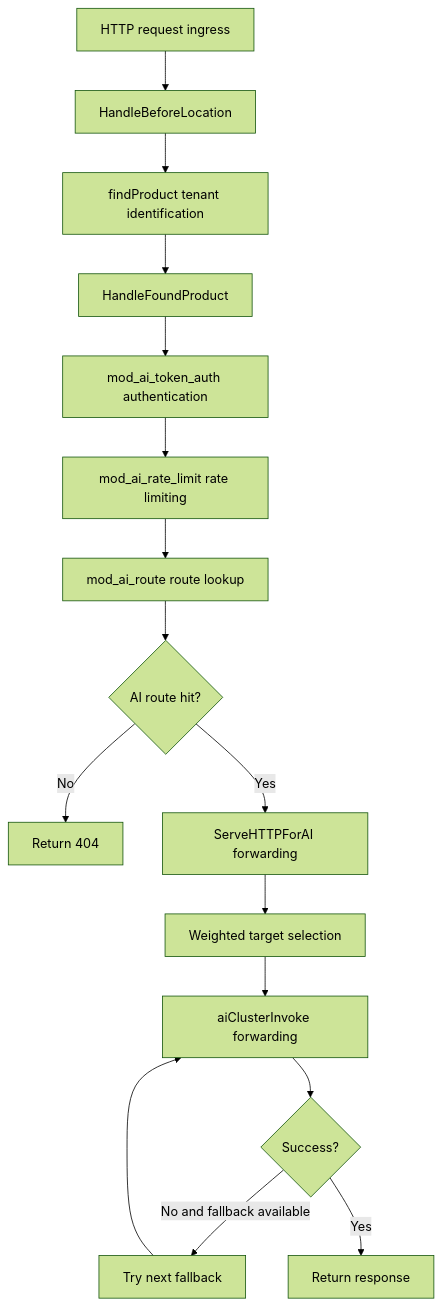
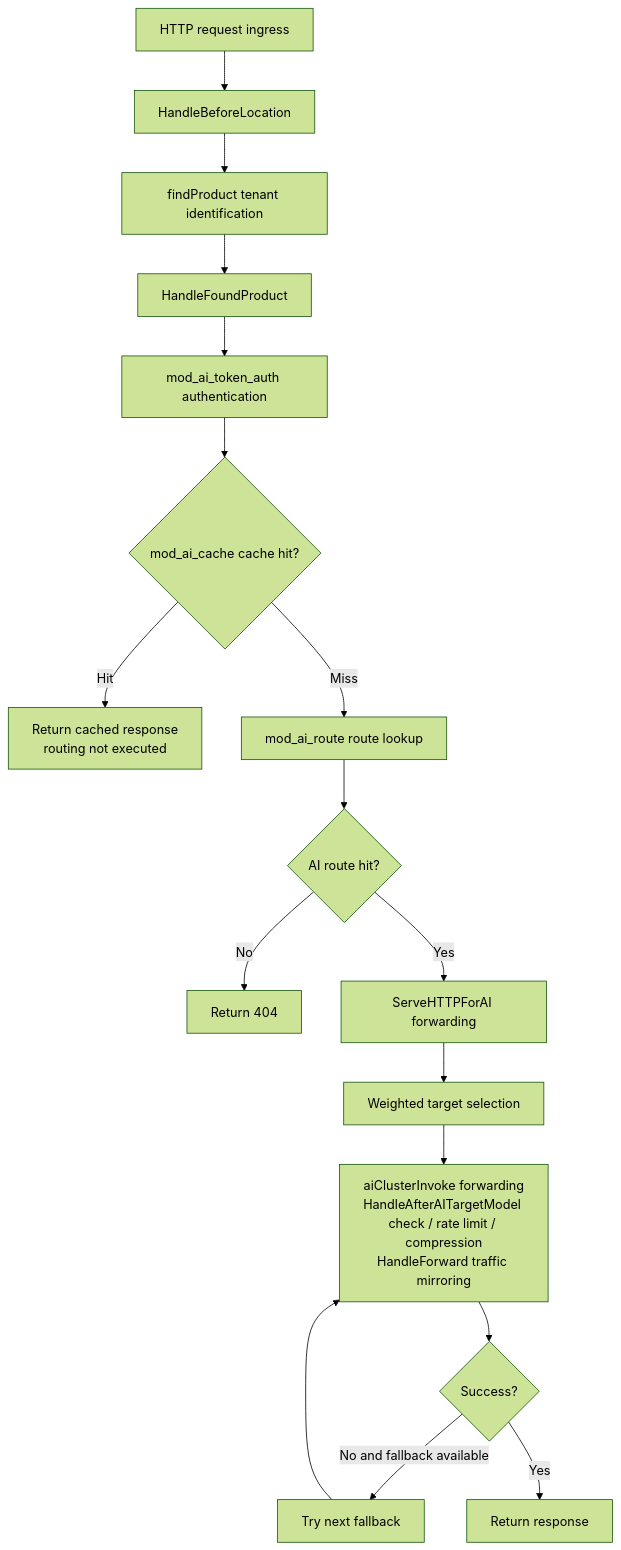
One commit to mileszhang2016/rainway-book changed the first of 2 diagrams in en_us/implementation/chapter31-mod-ai-route.md. Above: the diagram before and after it, drawn with Mermaid (forest theme). The commit also changed other lines of this file and 47 other files, not shown here.

````diff
--- a/en_us/implementation/chapter31-mod-ai-route.md
+++ b/en_us/implementation/chapter31-mod-ai-route.md
@@ -764,18 +800,19 @@
 ```mermaid
 flowchart TD
     A[HTTP request ingress] --> B[HandleBeforeLocation]
     B --> C[findProduct tenant identification]
     C --> D[HandleFoundProduct]
     D --> E[mod_ai_token_auth authentication]
-    E --> F[mod_ai_rate_limit rate limiting]
-    F --> G[mod_ai_route route lookup]
+    E --> CH{mod_ai_cache cache hit?}
+    CH -->|Hit| HIT[Return cached response<br/>routing not executed]
+    CH -->|Miss| G[mod_ai_route route lookup]
     G --> H{AI route hit?}
     H -->|No| I[Return 404]
     H -->|Yes| J[ServeHTTPForAI forwarding]
     J --> K[Weighted target selection]
-    K --> L[aiClusterInvoke forwarding]
+    K --> L[aiClusterInvoke forwarding<br/>HandleAfterAITargetModel check / rate limit / compression<br/>HandleForward traffic mirroring]
     L --> M{Success?}
     M -->|No and fallback available| N[Try next fallback]
     N --> L
     M -->|Yes| O[Return response]
 ```
````
